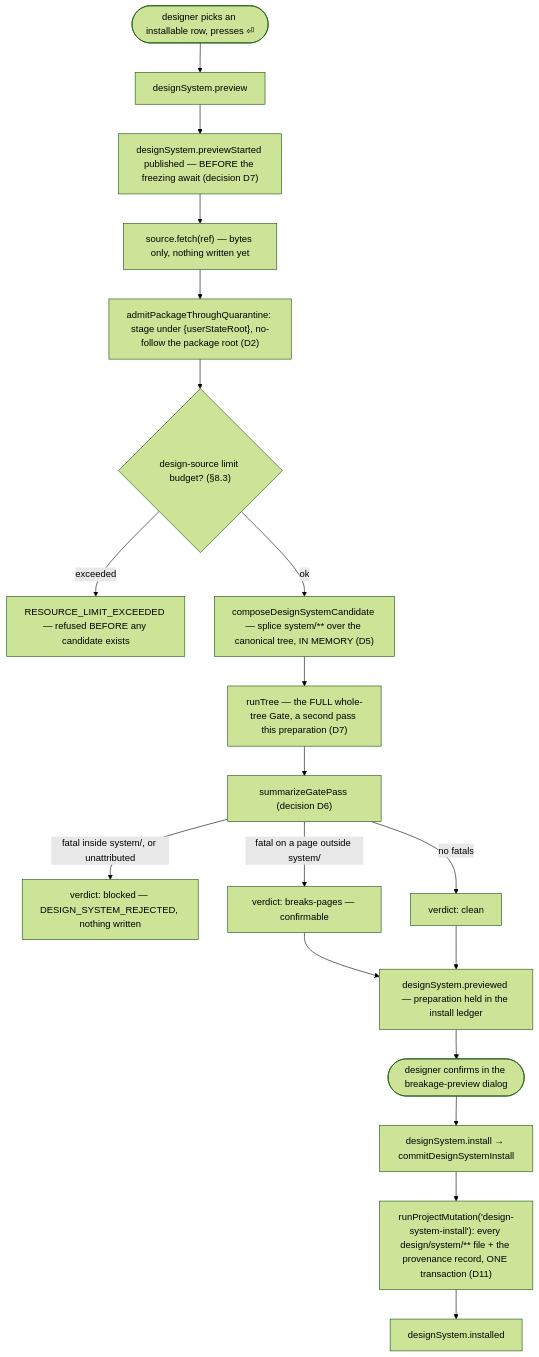
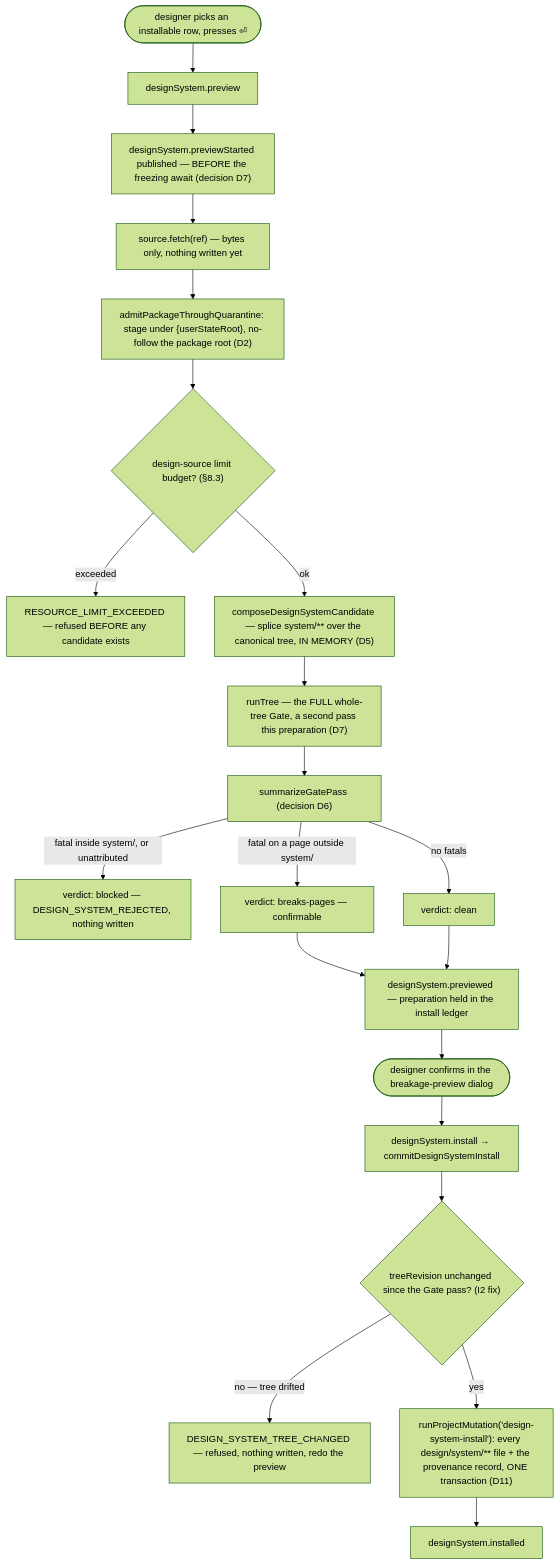
One commit to khmilevoi/termcraft changed the second of 3 diagrams in docs/architecture/flows/design-system-install.md. Above: the diagram before and after it, drawn with Mermaid (forest theme). The commit also changed other lines of this file and 15 other files, not shown here.

````diff
--- a/docs/architecture/flows/design-system-install.md
+++ b/docs/architecture/flows/design-system-install.md
@@ -31,21 +31,23 @@
 ```mermaid
 flowchart TD
     select(["designer picks an installable row, presses ⏎"]) --> preview["designSystem.preview"]
     preview --> started["designSystem.previewStarted published — BEFORE the freezing await (decision D7)"]
     started --> fetch["source.fetch(ref) — bytes only, nothing written yet"]
     fetch --> quarantine["admitPackageThroughQuarantine: stage under {userStateRoot}, no-follow the package root (D2)"]
     quarantine --> limit{"design-source limit budget? (§8.3)"}
     limit -- "exceeded" --> limitfail["RESOURCE_LIMIT_EXCEEDED — refused BEFORE any candidate exists"]
     limit -- "ok" --> candidate["composeDesignSystemCandidate — splice system/** over the canonical tree, IN MEMORY (D5)"]
     candidate --> gate["runTree — the FULL whole-tree Gate, a second pass this preparation (D7)"]
     gate --> classify["summarizeGatePass (decision D6)"]
     classify -- "fatal inside system/, or unattributed" --> blocked["verdict: blocked — DESIGN_SYSTEM_REJECTED, nothing written"]
     classify -- "fatal on a page outside system/" --> breaks["verdict: breaks-pages — confirmable"]
     classify -- "no fatals" --> clean["verdict: clean"]
     breaks --> previewed["designSystem.previewed — preparation held in the install ledger"]
     clean --> previewed
     previewed --> confirm(["designer confirms in the breakage-preview dialog"])
     confirm --> install["designSystem.install → commitDesignSystemInstall"]
-    install --> tx["runProjectMutation('design-system-install'): every design/system/** file + the provenance record, ONE transaction (D11)"]
+    install --> drift{"treeRevision unchanged since the Gate pass? (I2 fix)"}
+    drift -- "no — tree drifted" --> driftfail["DESIGN_SYSTEM_TREE_CHANGED — refused, nothing written, redo the preview"]
+    drift -- "yes" --> tx["runProjectMutation('design-system-install'): every design/system/** file + the provenance record, ONE transaction (D11)"]
     tx --> installed["designSystem.installed"]
 ```
````
